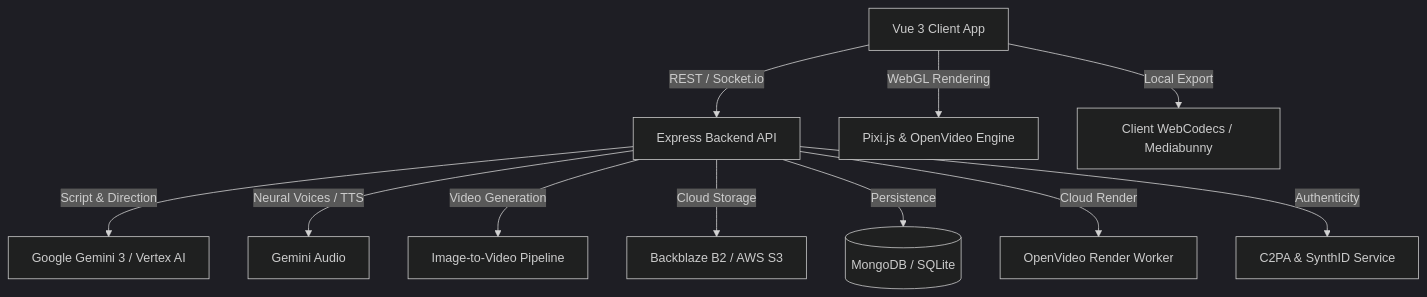
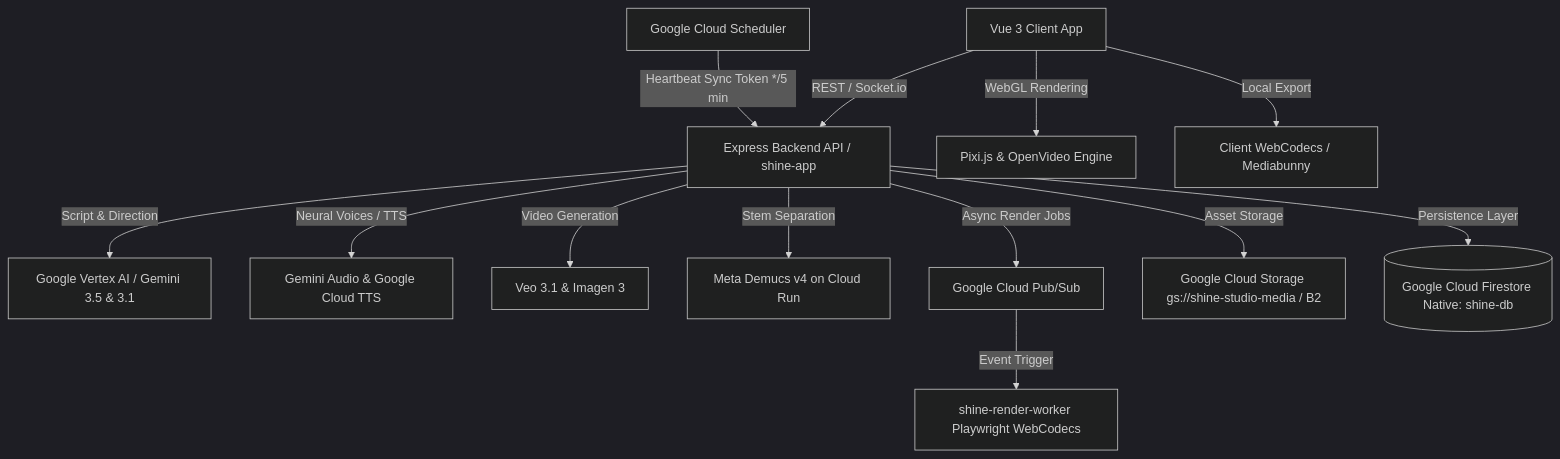
Before and after one commit to agrhub/Shine: the diagram in README.md, drawn with Mermaid (dark theme). The commit also changed other lines of this file and 140 other files, not shown here.

Commit message:
Integrate Google ADK, Cloudrun render and demucs worker, GCS and Pub/Sub Refacter codebase and fix bugs One-click to deploy Shine on Cloudrun and GCP

````diff
--- a/README.md
+++ b/README.md
@@ -67,14 +68,16 @@
 ```mermaid
 graph TD
-    Client[Vue 3 Client App] -->|REST / Socket.io| Server[Express Backend API]
+    Client[Vue 3 Client App] -->|REST / Socket.io| Server[Express Backend API / shine-app]
     Client -->|WebGL Rendering| PIXI[Pixi.js & OpenVideo Engine]
     Client -->|Local Export| WebCodecs[Client WebCodecs / Mediabunny]
 
-    Server -->|Script & Direction| Gemini[Google Gemini 3 / Vertex AI]
-    Server -->|Neural Voices / TTS| TTS[Gemini Audio]
-    Server -->|Video Generation| VideoAI[Image-to-Video Pipeline]
-    Server -->|Cloud Storage| S3[Backblaze B2 / AWS S3]
-    Server -->|Persistence| DB[(MongoDB / SQLite)]
-    Server -->|Cloud Render| OpenVideo[OpenVideo Render Worker]
-    Server -->|Authenticity| C2PA[C2PA & SynthID Service]
+    Server -->|Script & Direction| Gemini[Google Vertex AI / Gemini 3.5 & 3.1]
+    Server -->|Neural Voices / TTS| TTS[Gemini Audio & Google Cloud TTS]
+    Server -->|Video Generation| VideoAI[Veo 3.1 & Imagen 3]
+    Server -->|Stem Separation| Demucs[Meta Demucs v4 on Cloud Run]
+    Server -->|Async Render Jobs| PubSub[Google Cloud Pub/Sub]
+    PubSub -->|Event Trigger| RenderWorker[shine-render-worker Playwright WebCodecs]
+    Server -->|Asset Storage| Storage[Google Cloud Storage gs://shine-studio-media / B2]
+    Server -->|Persistence Layer| DB[(Google Cloud Firestore Native: shine-db)]
+    Scheduler[Google Cloud Scheduler] -->|Heartbeat Sync Token */5 min| Server
 ```
````
